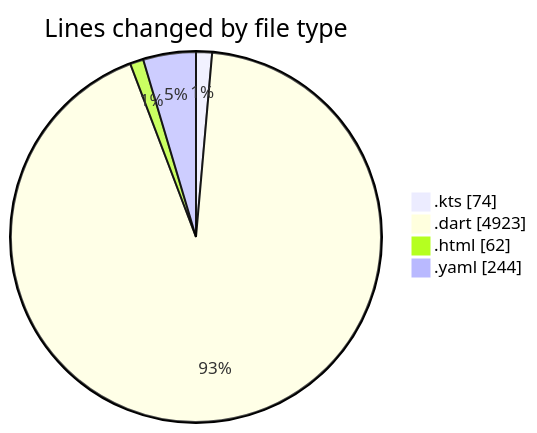
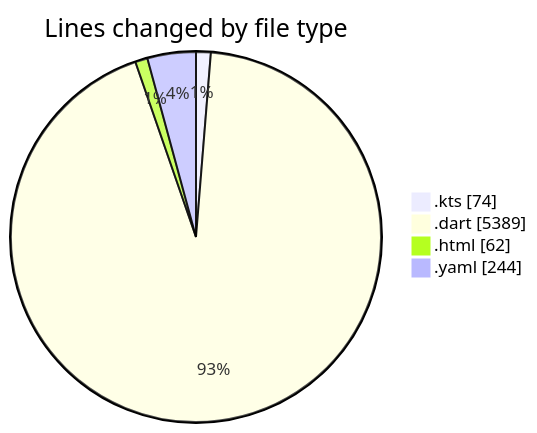
The first of 2 diagrams in 2025-08-03/studybuddy/README.md (lephambinh05/code-tracking), drawn with Mermaid before and after one commit. The commit also changed other lines of this file and 1 other file, not shown here.

````diff
--- a/2025-08-03/studybuddy/README.md
+++ b/2025-08-03/studybuddy/README.md
@@ -49,8 +51,8 @@
 ```mermaid
 pie showData
 title Lines changed by file type
 ".kts" : 74
-".dart" : 4923
+".dart" : 5389
 ".html" : 62
 ".yaml" : 244
 ```
````
